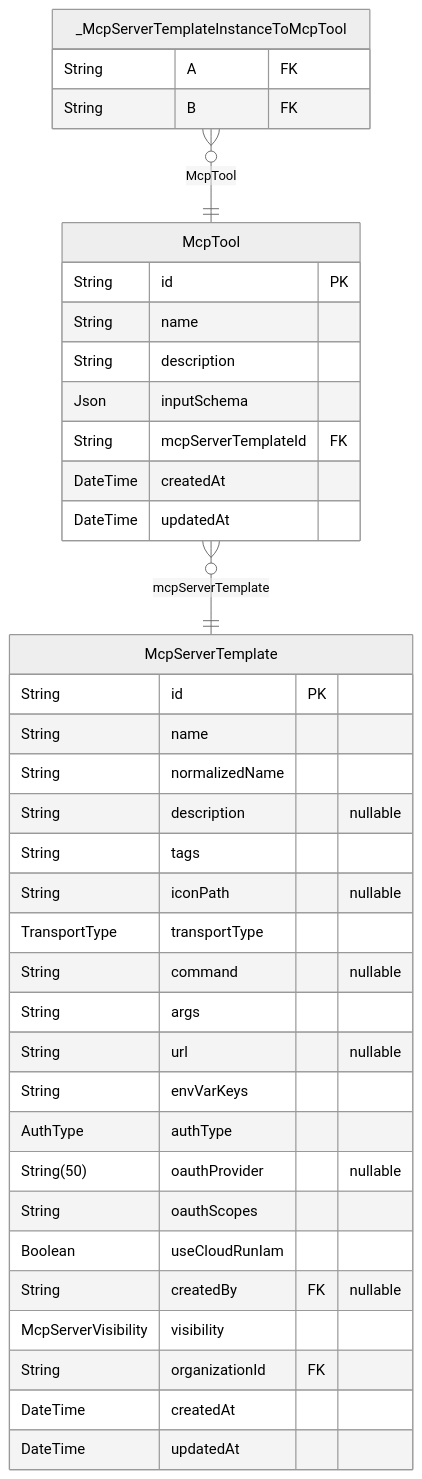
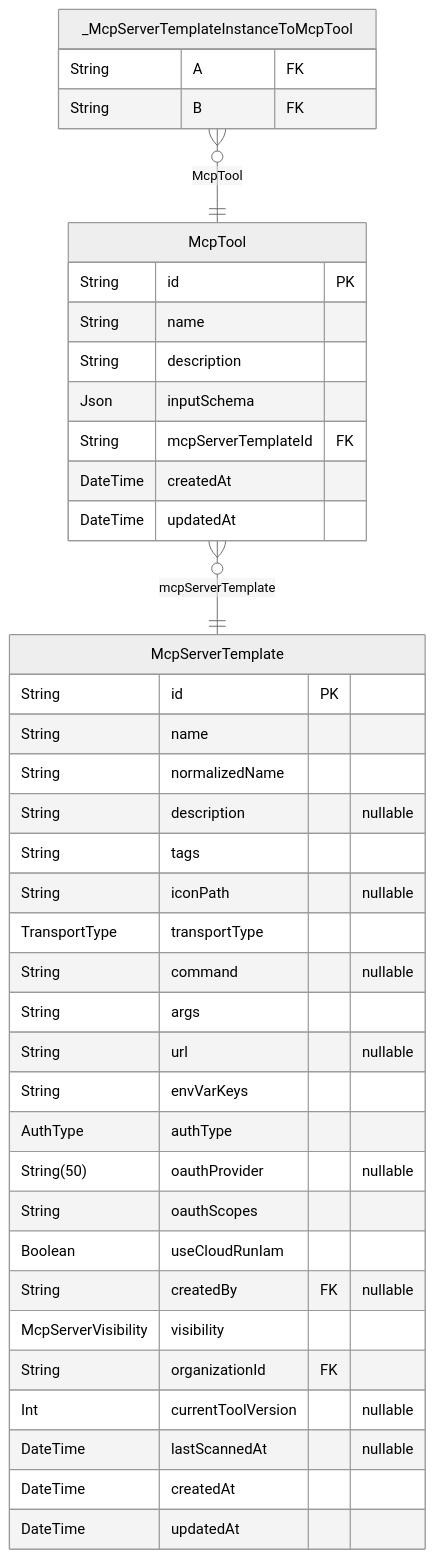
Before and after one commit to rayven122/tumiki: the fourth of 10 diagrams in packages/db/prisma/README.md, drawn with Mermaid (neutral theme). The commit also changed other lines of this file and 2 other files, not shown here.

````diff
--- a/packages/db/prisma/README.md
+++ b/packages/db/prisma/README.md
@@ -167,40 +225,42 @@
 ```mermaid
 erDiagram
 "McpServerTemplate" {
   String id PK
   String name
   String normalizedName
   String description "nullable"
   String tags
   String iconPath "nullable"
   TransportType transportType
   String command "nullable"
   String args
   String url "nullable"
   String envVarKeys
   AuthType authType
   String(50) oauthProvider "nullable"
   String oauthScopes
   Boolean useCloudRunIam
   String createdBy FK "nullable"
   McpServerVisibility visibility
   String organizationId FK
+  Int currentToolVersion "nullable"
+  DateTime lastScannedAt "nullable"
   DateTime createdAt
   DateTime updatedAt
 }
 "McpTool" {
   String id PK
   String name
   String description
   Json inputSchema
   String mcpServerTemplateId FK
   DateTime createdAt
   DateTime updatedAt
 }
 "_McpServerTemplateInstanceToMcpTool" {
   String A FK
   String B FK
 }
 "McpTool" }o--|| "McpServerTemplate" : mcpServerTemplate
 "_McpServerTemplateInstanceToMcpTool" }o--|| "McpTool" : McpTool
 ```
````
